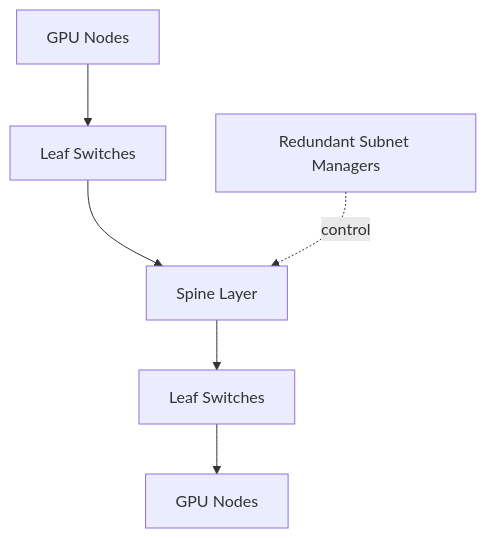
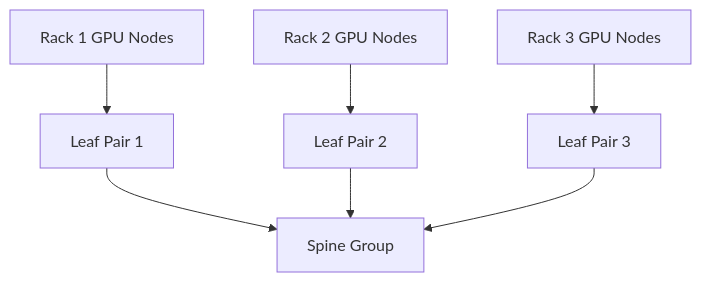
Before and after one commit to jithinpnjm/nvidia-devops: the second of 2 diagrams in docs/nvidia-zero-to-hero/volume-08/chapter-11-production-design-scenarios.md, drawn with Mermaid. The commit also changed other lines of this file and 11 other files, not shown here.

````diff
--- a/docs/nvidia-zero-to-hero/volume-08/chapter-11-production-design-scenarios.md
+++ b/docs/nvidia-zero-to-hero/volume-08/chapter-11-production-design-scenarios.md
@@ -14,8 +99,9 @@
 ```mermaid
-flowchart TD
-    Compute[GPU Nodes] --> Leaf[Leaf Switches]
-    Leaf --> Spine[Spine Layer]
-    Spine --> Leaf2[Leaf Switches]
-    Leaf2 --> Compute2[GPU Nodes]
-    SM[Redundant Subnet Managers] -. control .-> Spine
+flowchart TB
+    R1[Rack 1 GPU Nodes] --> L1[Leaf Pair 1]
+    R2[Rack 2 GPU Nodes] --> L2[Leaf Pair 2]
+    R3[Rack 3 GPU Nodes] --> L3[Leaf Pair 3]
+    L1 --> S1[Spine Group]
+    L2 --> S1
+    L3 --> S1
 ```
````
